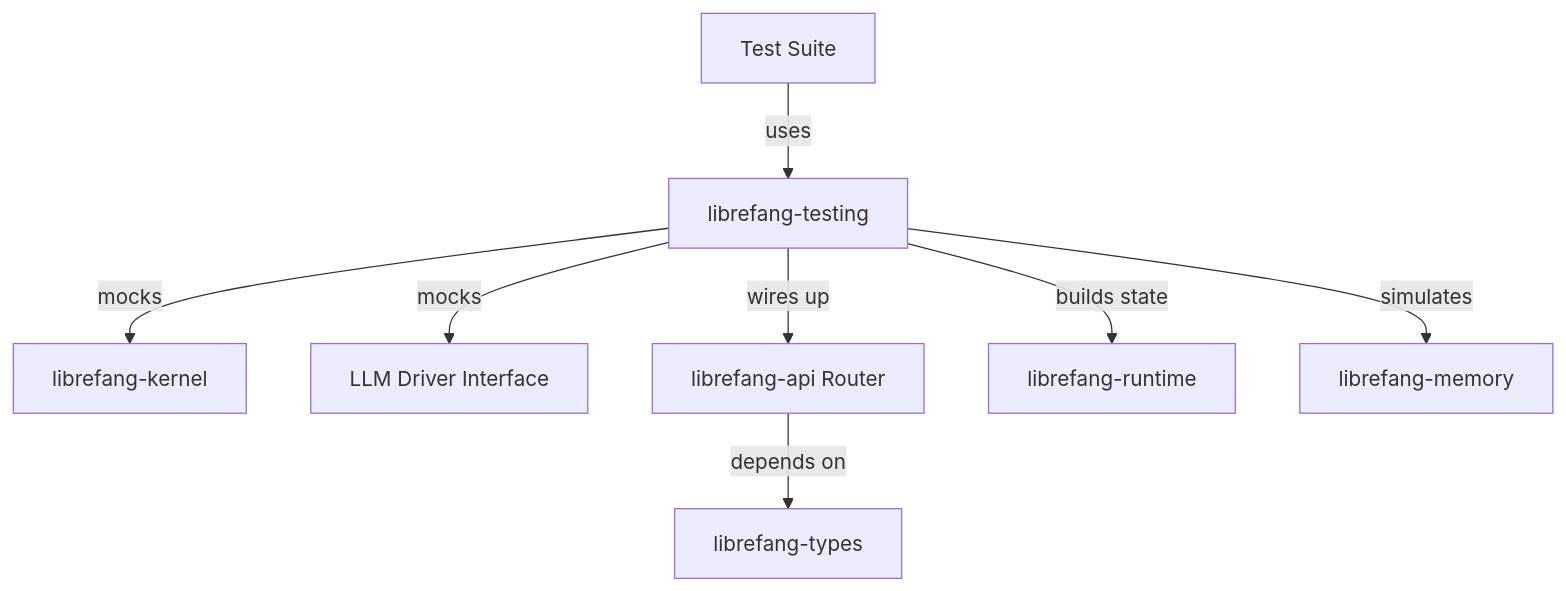
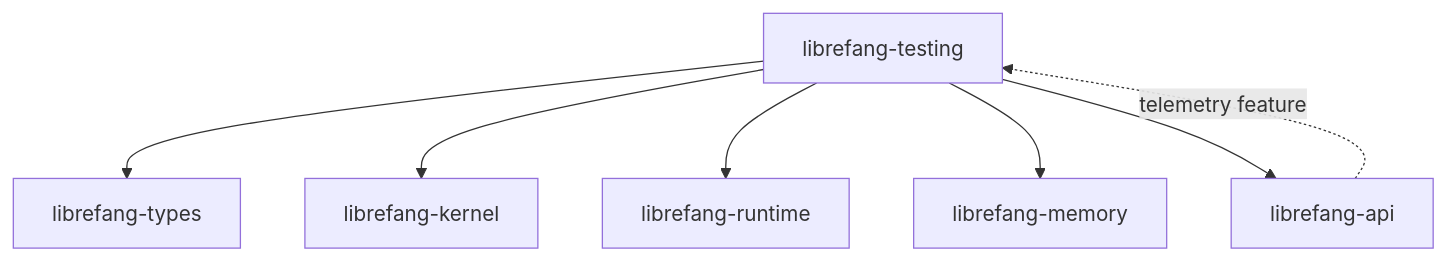
Before and after one commit to leszek3737/librefang-WIki: the diagram in other-librefang-testing.md, drawn with Mermaid. The commit also changed other lines of this file and 125 other files, not shown here.

````diff
--- a/other-librefang-testing.md
+++ b/other-librefang-testing.md
@@ -53,10 +17,10 @@
 ```mermaid
 graph TD
-    A[Test Suite] -->|uses| B[librefang-testing]
-    B -->|mocks| C[librefang-kernel]
-    B -->|mocks| D[LLM Driver Interface]
-    B -->|wires up| E[librefang-api Router]
-    B -->|builds state| F[librefang-runtime]
-    E -->|depends on| G[librefang-types]
-    B -->|simulates| H[librefang-memory]
+    T[librefang-testing]
+    T --> KT[librefang-types]
+    T --> KK[librefang-kernel]
+    T --> KR[librefang-runtime]
+    T --> KM[librefang-memory]
+    T --> KA[librefang-api]
+    KA -.->|telemetry feature| T
 ```
````
